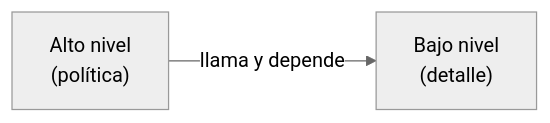
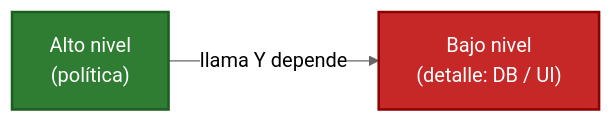
Before and after one commit to JavierMachucaA/clean-architecture-guia: the first of 4 diagrams in 06-limites-boundaries/04-anatomia-y-flujo-de-control.md, drawn with Mermaid (neutral theme). The commit also changed other lines of this file and 2 other files, not shown here.

````diff
--- a/06-limites-boundaries/04-anatomia-y-flujo-de-control.md
+++ b/06-limites-boundaries/04-anatomia-y-flujo-de-control.md
@@ -25,4 +25,7 @@
 ```mermaid
 flowchart LR
-    AN["Alto nivel<br/>(política)"] -->|"llama y depende"| BN["Bajo nivel<br/>(detalle)"]
+    AN["Alto nivel<br/>(política)"] -->|"llama Y depende"| BN["Bajo nivel<br/>(detalle: DB / UI)"]
+
+    style AN fill:#2e7d32,stroke:#1b5e20,stroke-width:2px,color:#fff
+    style BN fill:#c62828,stroke:#8e0000,stroke-width:2px,color:#fff
 ```
````
